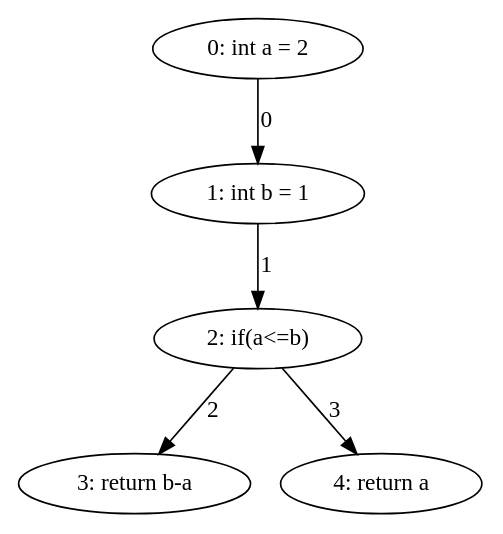
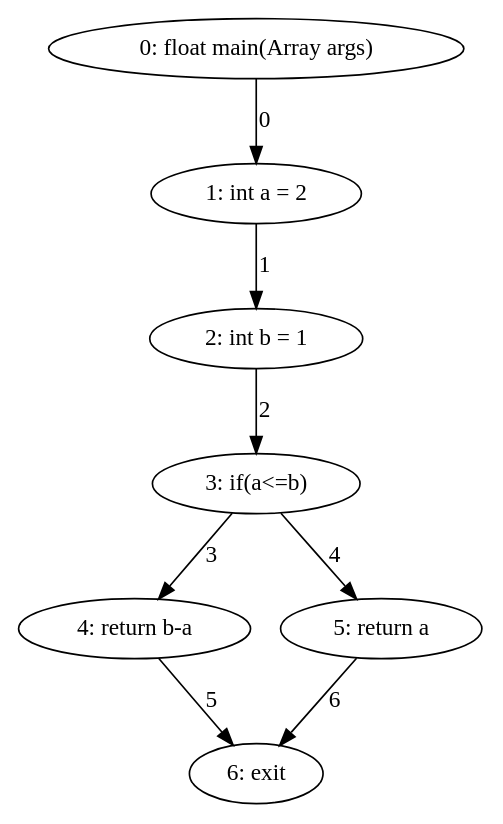
The diagram in export/if_example_cfg.dot (DominguesGM/comp_astanalyze), drawn with Graphviz before and after one commit. The commit also changed 25 other files, not shown here.

```diff
--- a/export/if_example_cfg.dot
+++ b/export/if_example_cfg.dot
@@ -1,11 +1,16 @@
 digraph G {
-  1 [ label="0: int a = 2" ];
-  2 [ label="1: int b = 1" ];
-  3 [ label="2: if(a<=b)" ];
-  4 [ label="3: return b-a" ];
-  5 [ label="4: return a" ];
+  1 [ label="0: float main(Array args)" ];
+  2 [ label="1: int a = 2" ];
+  3 [ label="2: int b = 1" ];
+  4 [ label="3: if(a<=b)" ];
+  5 [ label="4: return b-a" ];
+  6 [ label="5: return a" ];
+  7 [ label="6: exit" ];
   1 -> 2 [ label="0" ];
   2 -> 3 [ label="1" ];
   3 -> 4 [ label="2" ];
-  3 -> 5 [ label="3" ];
+  4 -> 5 [ label="3" ];
+  4 -> 6 [ label="4" ];
+  5 -> 7 [ label="5" ];
+  6 -> 7 [ label="6" ];
 }
```
